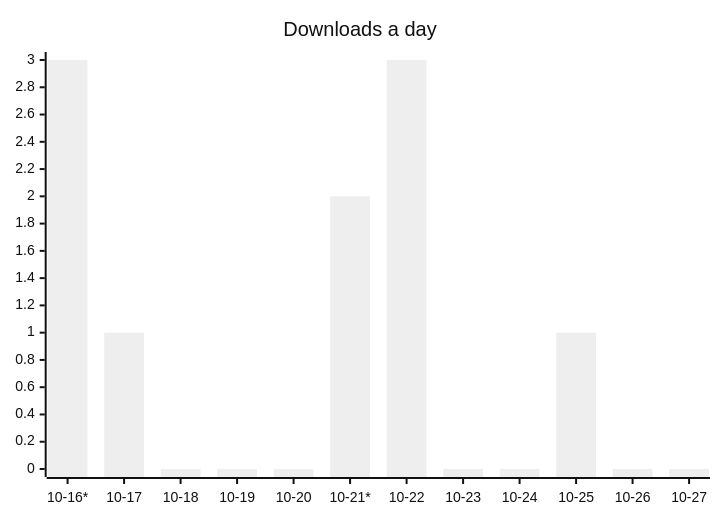
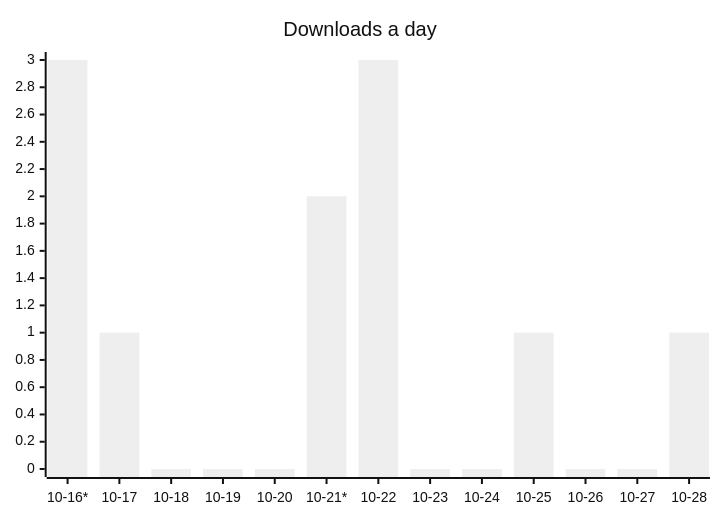
The first of 3 diagrams in README.md (ArtemkaGoldMan/ContextSwitcher), drawn with Mermaid (neutral theme) before and after one commit. The commit also changed other lines of this file and 6 other files, not shown here.

````diff
--- a/README.md
+++ b/README.md
@@ -30,6 +30,6 @@
 ```mermaid
 xychart-beta
     title "Downloads a day"
-    x-axis ["10-16*", "10-17", "10-18", "10-19", "10-20", "10-21*", "10-22", "10-23", "10-24", "10-25", "10-26", "10-27"]
-    bar [3, 1, 0, 0, 0, 2, 3, 0, 0, 1, 0, 0]
+    x-axis ["10-16*", "10-17", "10-18", "10-19", "10-20", "10-21*", "10-22", "10-23", "10-24", "10-25", "10-26", "10-27", "10-28"]
+    bar [3, 1, 0, 0, 0, 2, 3, 0, 0, 1, 0, 0, 1]
 ```
````
